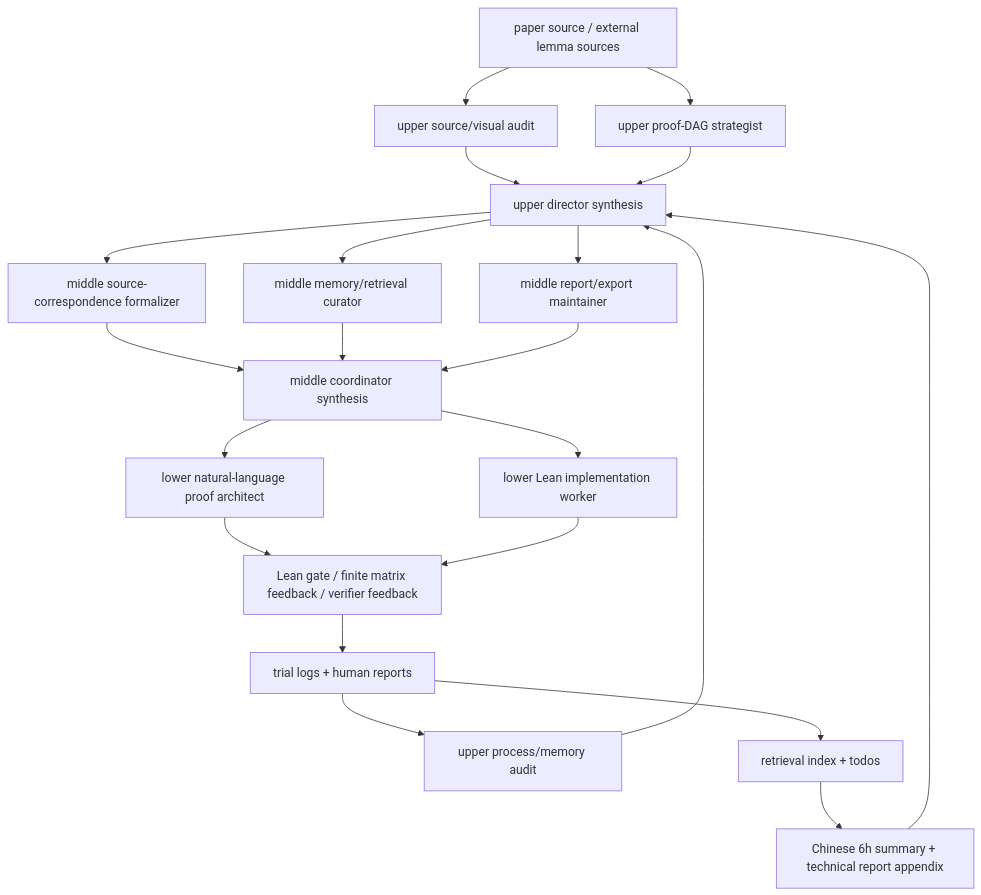
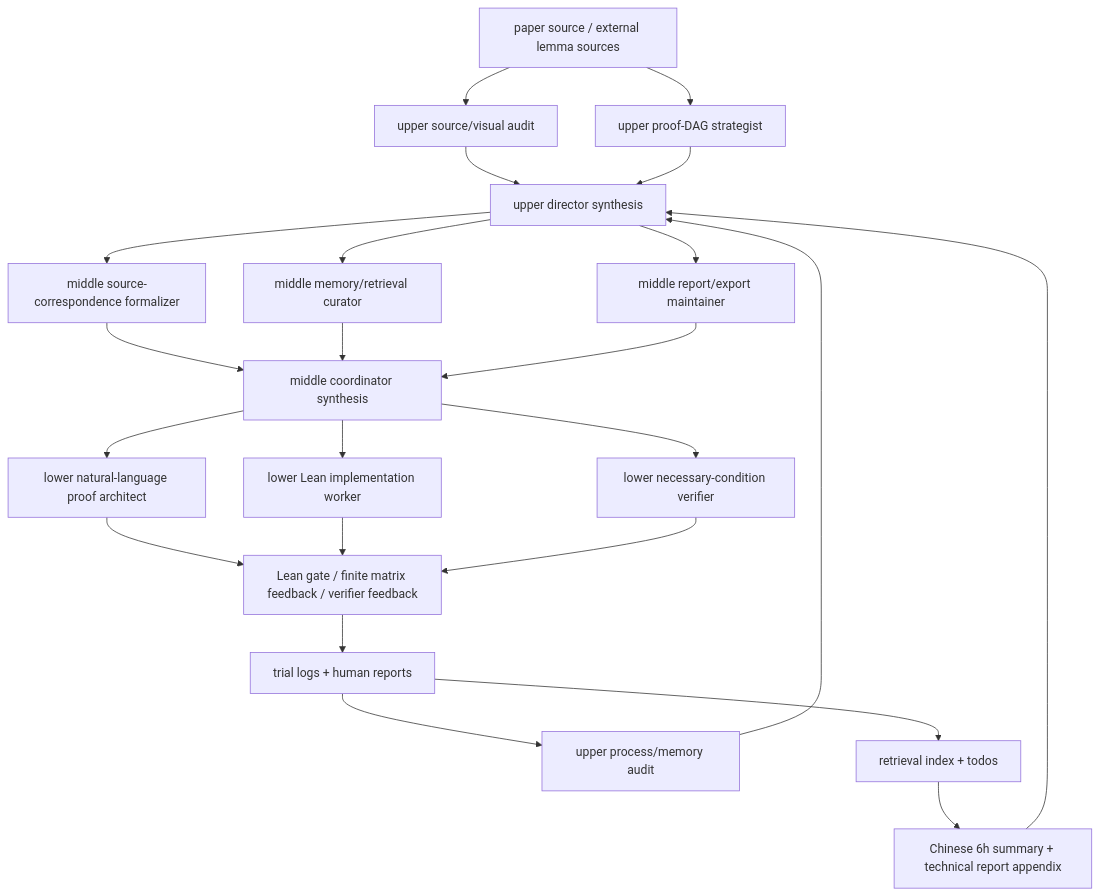
The diagram in README.md (DakeBU/Quantum-Computing-Block-Encoding), drawn with Mermaid before and after one commit. The commit also changed other lines of this file and 11 other files, not shown here.

````diff
--- a/README.md
+++ b/README.md
@@ -144,23 +144,25 @@
 ```mermaid
 flowchart TD
   A["paper source / external lemma sources"] --> B["upper source/visual audit"]
   A --> C["upper proof-DAG strategist"]
   J["trial logs + human reports"] --> D["upper process/memory audit"]
   B --> E["upper director synthesis"]
   C --> E
   D --> E
   E --> F["middle source-correspondence formalizer"]
   E --> G["middle memory/retrieval curator"]
   E --> H["middle report/export maintainer"]
   F --> I["middle coordinator synthesis"]
   G --> I
   H --> I
   I --> M["lower natural-language proof architect"]
   I --> N["lower Lean implementation worker"]
+  I --> P["lower necessary-condition verifier"]
   M --> O["Lean gate / finite matrix feedback / verifier feedback"]
   N --> O
+  P --> O
   O --> J
   J --> K["retrieval index + todos"]
   K --> L["Chinese 6h summary + technical report appendix"]
   L --> E
 ```
````
